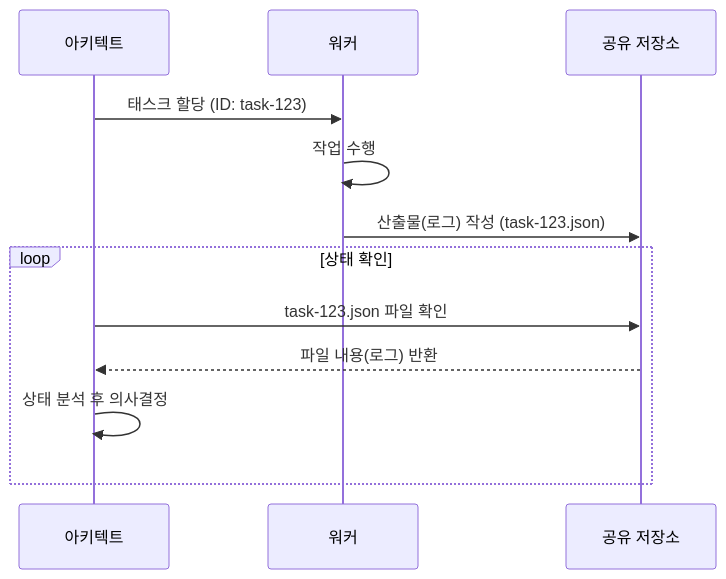
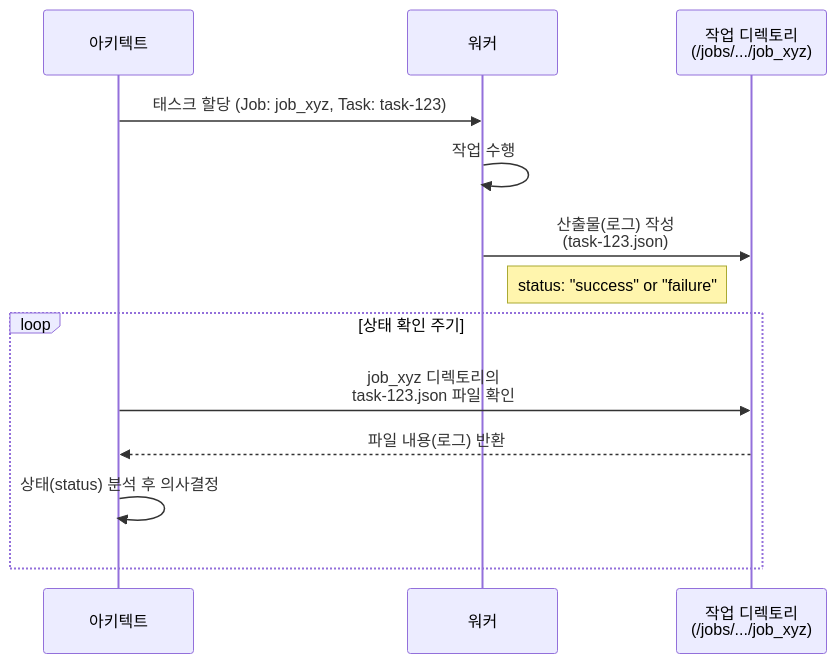
One commit to wooxist/ai-instructions changed the fifth of 5 diagrams in book/07-process-workflow.md. Above: the diagram before and after it, drawn with Mermaid. The commit also changed other lines of this file, not shown here.

Commit message:
refactor: Update task assignment diagram to clarify job directory usage and logging status

````diff
--- a/book/07-process-workflow.md
+++ b/book/07-process-workflow.md
@@ -139,16 +139,17 @@
 ```mermaid
 sequenceDiagram
     participant A as 아키텍트
     participant W as 워커
-    participant S as 공유 저장소
+    participant J as 작업 디렉토리<br/>(/jobs/.../job_xyz)
 
-    A->>W: 태스크 할당 (ID: task-123)
+    A->>W: 태스크 할당 (Job: job_xyz, Task: task-123)
     W->>W: 작업 수행
-    W->>S: 산출물(로그) 작성 (task-123.json)
+    W->>J: 산출물(로그) 작성<br/>(task-123.json)
+    Note right of W: status: "success" or "failure"
 
-    loop 상태 확인
-        A->>S: task-123.json 파일 확인
-        S-->>A: 파일 내용(로그) 반환
-        A->>A: 상태 분석 후 의사결정
+    loop 상태 확인 주기
+        A->>J: job_xyz 디렉토리의<br/>task-123.json 파일 확인
+        J-->>A: 파일 내용(로그) 반환
+        A->>A: 상태(status) 분석 후 의사결정
     end
 ```
````
